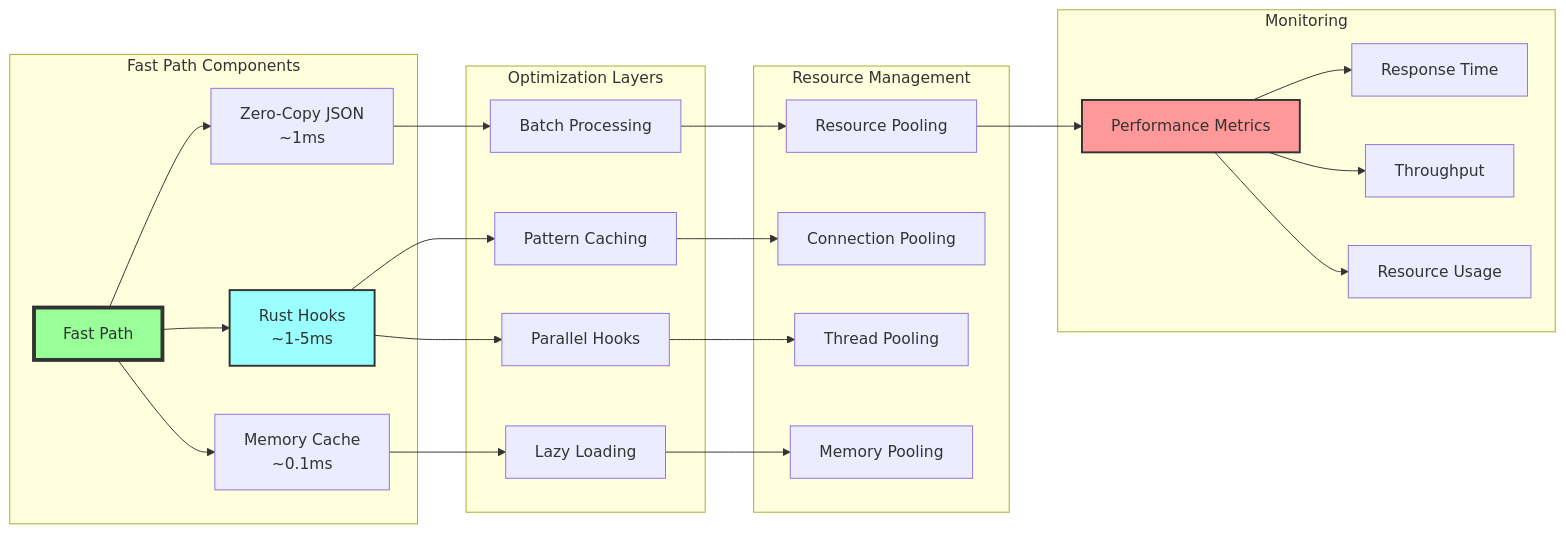
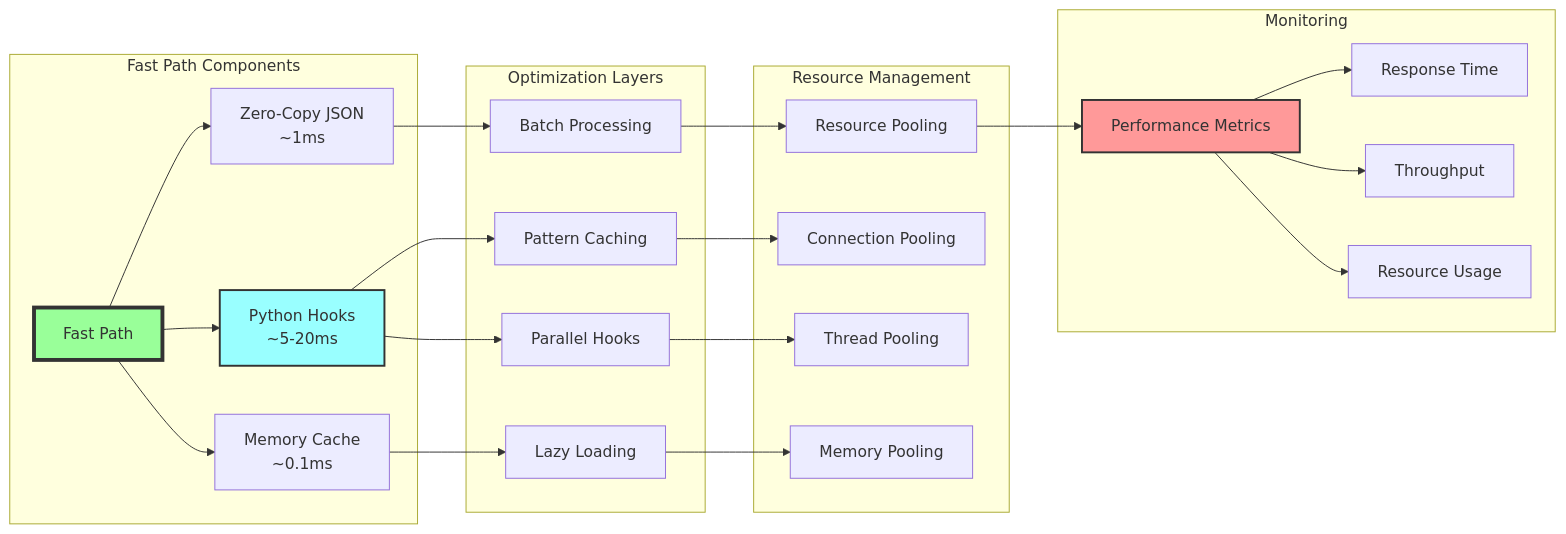
The seventh of 9 diagrams in docs/architecture/diagrams/MAOS-Architecture-Diagrams.md (clafollett/maos), drawn with Mermaid before and after one commit. The commit also changed other lines of this file, not shown here.

First line of the commit message:
fix: update architecture diagrams from Rust to Python

````diff
--- a/docs/architecture/diagrams/MAOS-Architecture-Diagrams.md
+++ b/docs/architecture/diagrams/MAOS-Architecture-Diagrams.md
@@ -296,53 +296,53 @@
 ```mermaid
 graph LR
     subgraph "Fast Path Components"
         FP[Fast Path]
-        RH[Rust Hooks<br/>~1-5ms]
+        RH[Python Hooks<br/>~5-20ms]
         MC[Memory Cache<br/>~0.1ms]
         ZC[Zero-Copy JSON<br/>~1ms]
         
         FP --> RH
         FP --> MC
         FP --> ZC
     end
     
     subgraph "Optimization Layers"
         PH[Parallel Hooks]
         BP[Batch Processing]
         LZ[Lazy Loading]
         PC[Pattern Caching]
         
         RH --> PH
         RH --> PC
         ZC --> BP
         MC --> LZ
     end
     
     subgraph "Resource Management"
         RP[Resource Pooling]
         CP[Connection Pooling]
         TP[Thread Pooling]
         MP[Memory Pooling]
         
         PH --> TP
         BP --> RP
         LZ --> MP
         PC --> CP
     end
     
     subgraph "Monitoring"
         PM[Performance Metrics]
         RT[Response Time]
         TH[Throughput]
         RU[Resource Usage]
         
         RP --> PM
         PM --> RT
         PM --> TH
         PM --> RU
     end
     
     style FP fill:#9f9,stroke:#333,stroke-width:4px
     style RH fill:#9ff,stroke:#333,stroke-width:2px
     style PM fill:#f99,stroke:#333,stroke-width:2px
 ```
````
